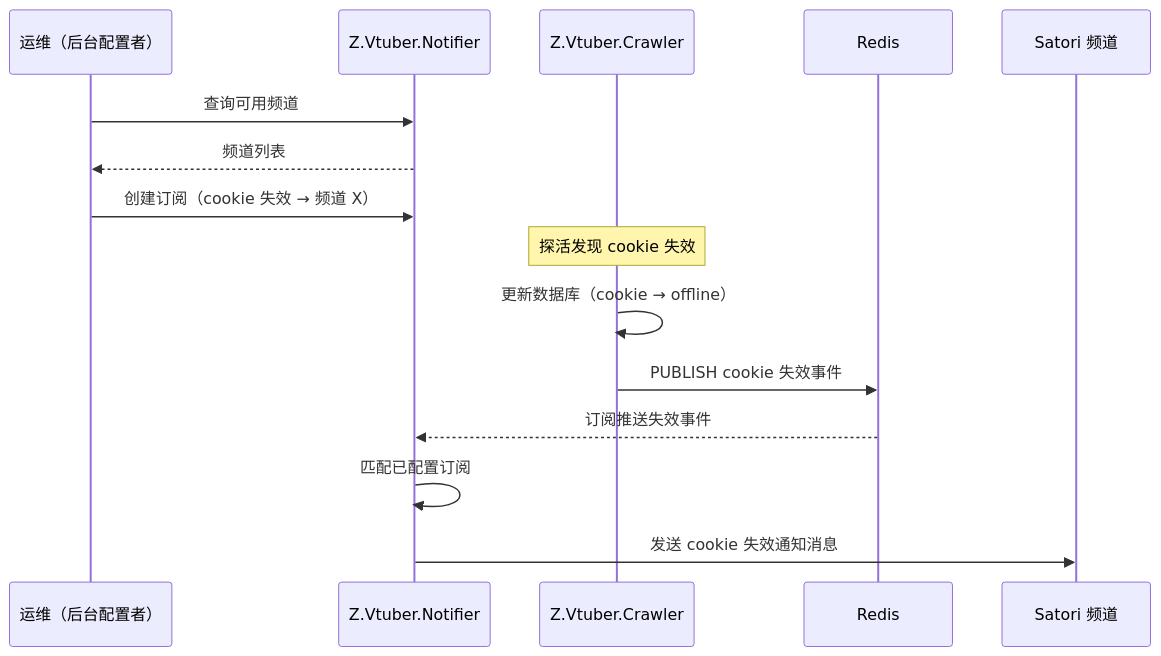
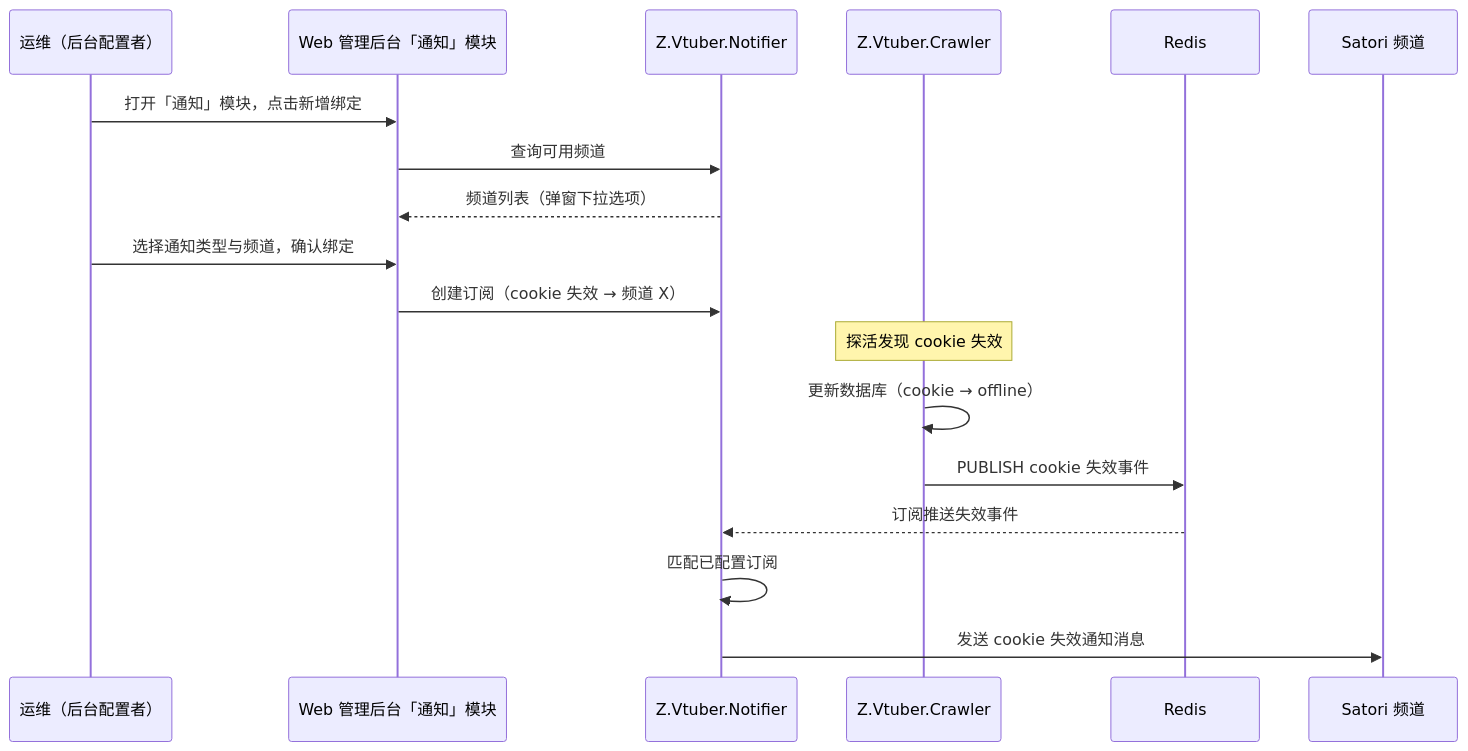
The diagram in docs/product/draft/20260904-cookie-invalid-notification-prd.md (Deliay/z-vtuber), drawn with Mermaid before and after one commit. The commit also changed other lines of this file and 1 other file, not shown here.

````diff
--- a/docs/product/draft/20260904-cookie-invalid-notification-prd.md
+++ b/docs/product/draft/20260904-cookie-invalid-notification-prd.md
@@ -98,18 +113,21 @@
 ```mermaid
 sequenceDiagram
     participant Ops as 运维（后台配置者）
+    participant W as Web 管理后台「通知」模块
     participant N as Z.Vtuber.Notifier
     participant C as Z.Vtuber.Crawler
     participant R as Redis
     participant S as Satori 频道
 
-    Ops->>N: 查询可用频道
-    N-->>Ops: 频道列表
-    Ops->>N: 创建订阅（cookie 失效 → 频道 X）
+    Ops->>W: 打开「通知」模块，点击新增绑定
+    W->>N: 查询可用频道
+    N-->>W: 频道列表（弹窗下拉选项）
+    Ops->>W: 选择通知类型与频道，确认绑定
+    W->>N: 创建订阅（cookie 失效 → 频道 X）
     Note over C: 探活发现 cookie 失效
     C->>C: 更新数据库（cookie → offline）
     C->>R: PUBLISH cookie 失效事件
     R-->>N: 订阅推送失效事件
     N->>N: 匹配已配置订阅
     N->>S: 发送 cookie 失效通知消息
 ```
````
